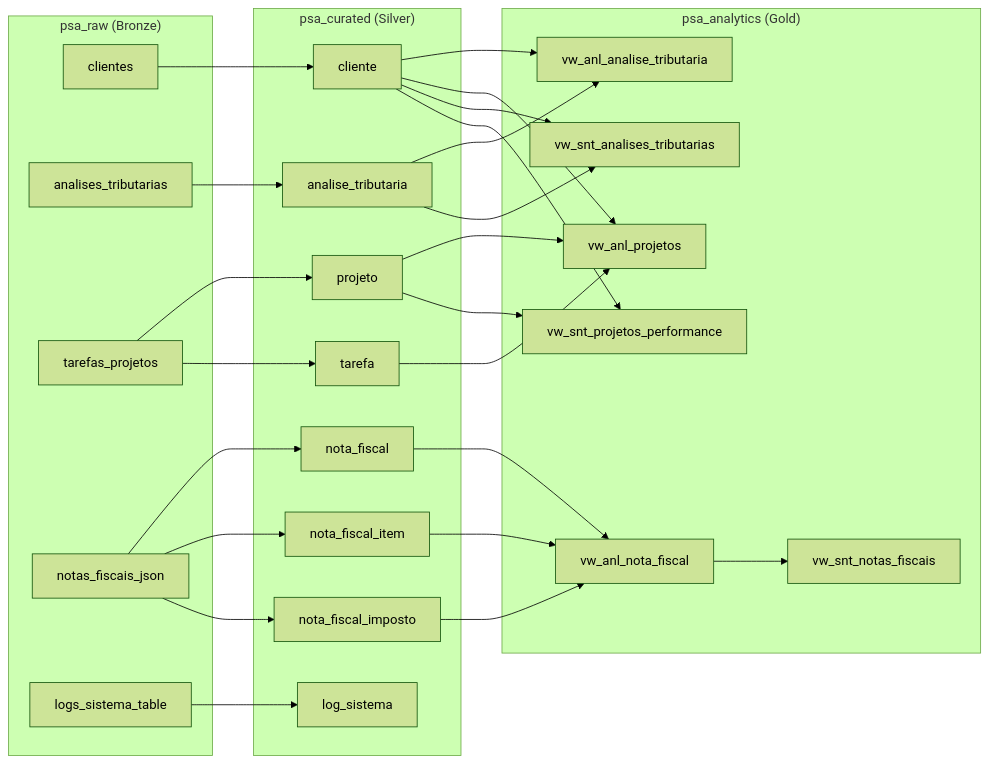
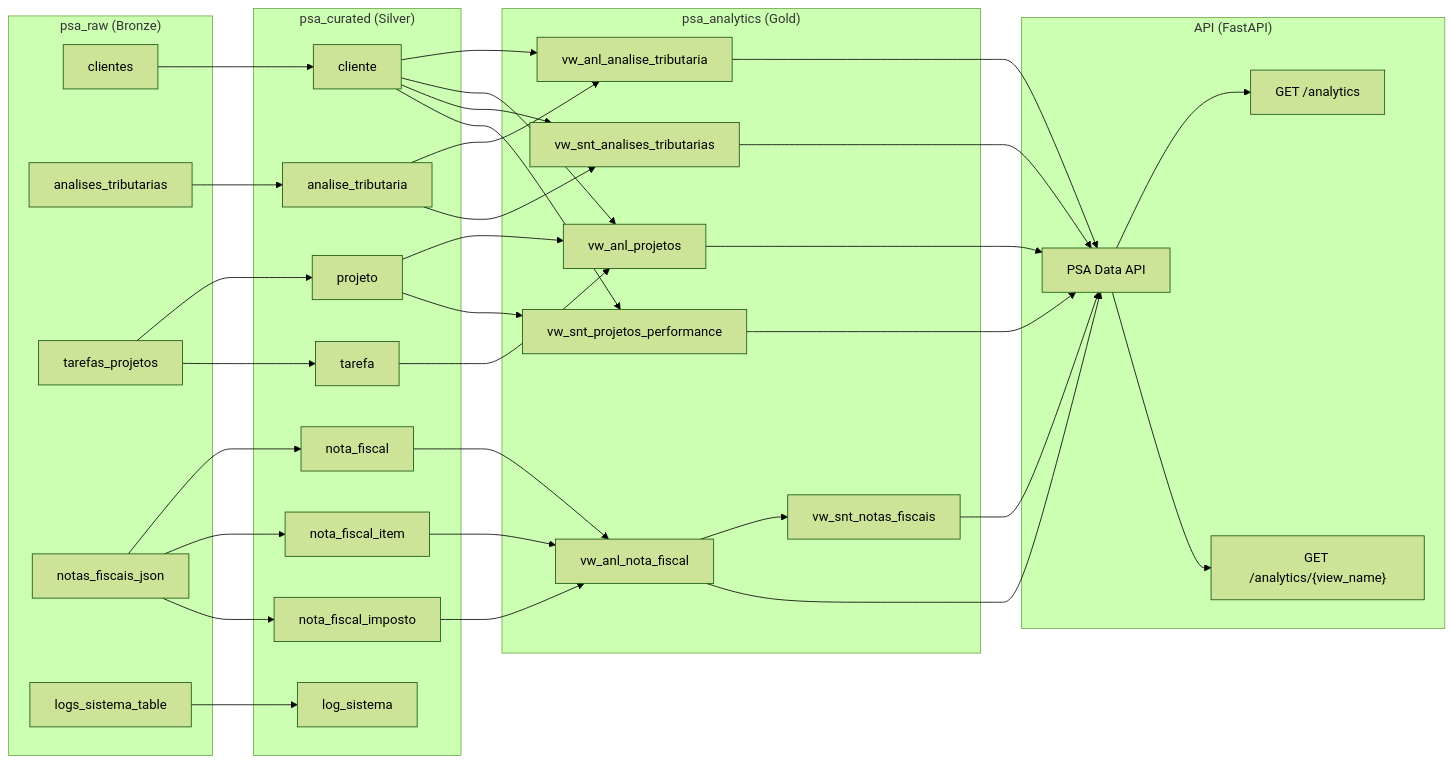
One commit to BernardoSKropiwiec/teste-engenheiro-dados changed the first of 2 diagrams in README.md. Above: the diagram before and after it, drawn with Mermaid (forest theme). The commit also changed other lines of this file and 6 other files, not shown here.

Commit message:
Implementada api para views da camada psa_analytics

````diff
--- a/README.md
+++ b/README.md
@@ -75,45 +79,52 @@
 ```mermaid
 ---
 config:
   layout: fixed
 ---
 flowchart LR
  subgraph Bronze["psa_raw (Bronze)"]
         clientes_raw["clientes"]
         analises_raw["analises_tributarias"]
         tarefas_raw["tarefas_projetos"]
         notas_raw["notas_fiscais_json"]
         logs_raw["logs_sistema_table"]
   end
  subgraph Silver["psa_curated (Silver)"]
         log_cur["log_sistema"]
         cliente_cur["cliente"]
         analise_cur["analise_tributaria"]
         projeto_cur["projeto"]
         tarefa_cur["tarefa"]
         nota_cur["nota_fiscal"]
         item_cur["nota_fiscal_item"]
         imposto_cur["nota_fiscal_imposto"]
-  end
+ end
  subgraph Gold["psa_analytics (Gold)"]
         vw_anl_analise["vw_anl_analise_tributaria"]
         vw_anl_nf["vw_anl_nota_fiscal"]
         vw_anl_proj["vw_anl_projetos"]
         vw_snt_nf["vw_snt_notas_fiscais"]
         vw_snt_analises["vw_snt_analises_tributarias"]
         vw_snt_perf["vw_snt_projetos_performance"]
+  end
+ subgraph API["API (FastAPI)"]
+        api_service["PSA Data API"]
+        api_list["GET /analytics"]
+        api_detail["GET /analytics/{view_name}"]
   end
     clientes_raw --> cliente_cur
     analises_raw --> analise_cur
     tarefas_raw --> projeto_cur & tarefa_cur
     notas_raw --> nota_cur & item_cur & imposto_cur
     logs_raw --> log_cur
     cliente_cur --> vw_anl_analise & vw_anl_proj & vw_snt_analises & vw_snt_perf
     analise_cur --> vw_anl_analise & vw_snt_analises
     nota_cur --> vw_anl_nf
     item_cur --> vw_anl_nf
     imposto_cur --> vw_anl_nf
     projeto_cur --> vw_anl_proj & vw_snt_perf
     tarefa_cur --> vw_anl_proj
     vw_anl_nf --> vw_snt_nf
+    vw_anl_analise & vw_anl_nf & vw_anl_proj & vw_snt_nf & vw_snt_analises & vw_snt_perf --> api_service
+    api_service --> api_list & api_detail
 ```
````
